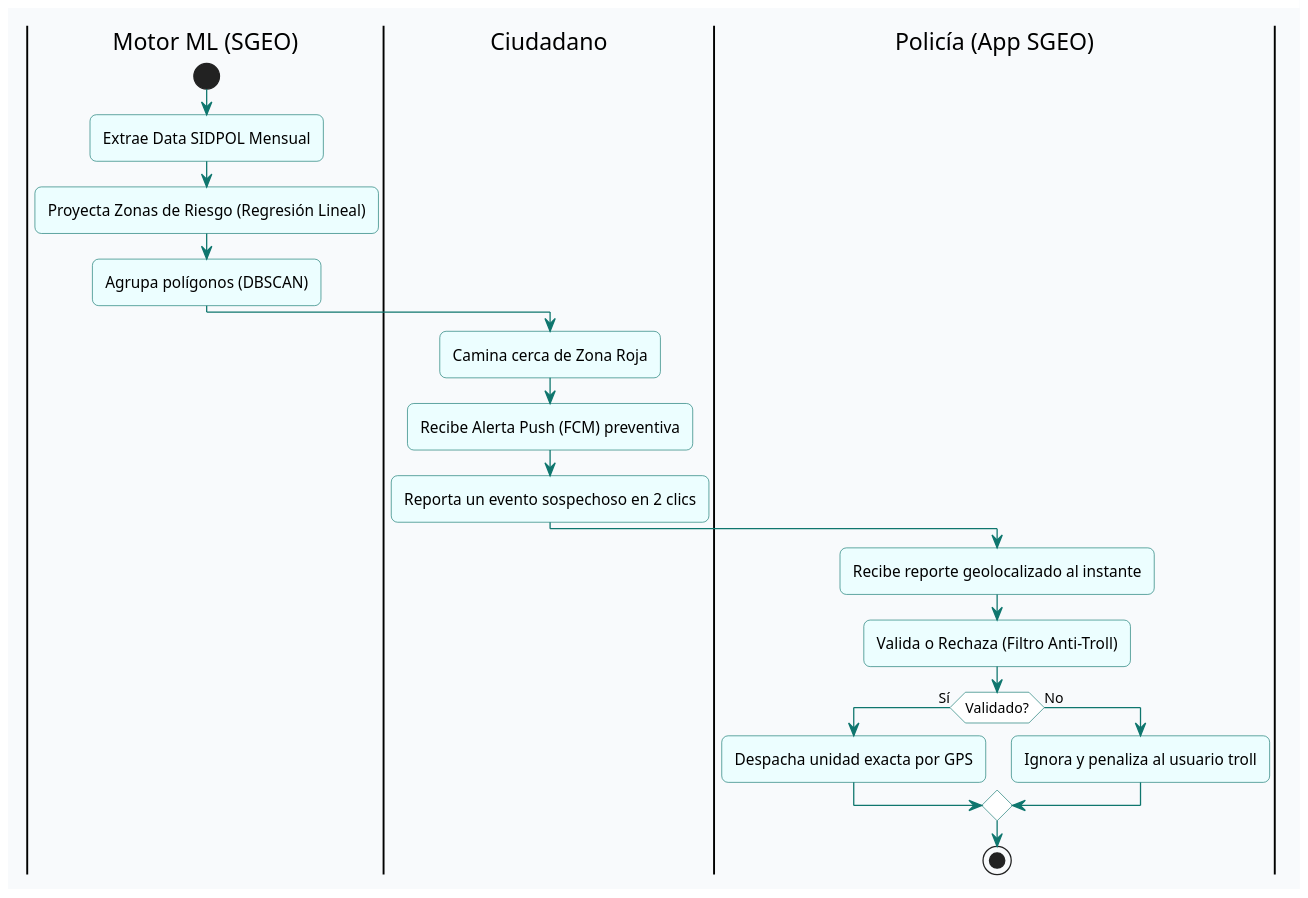
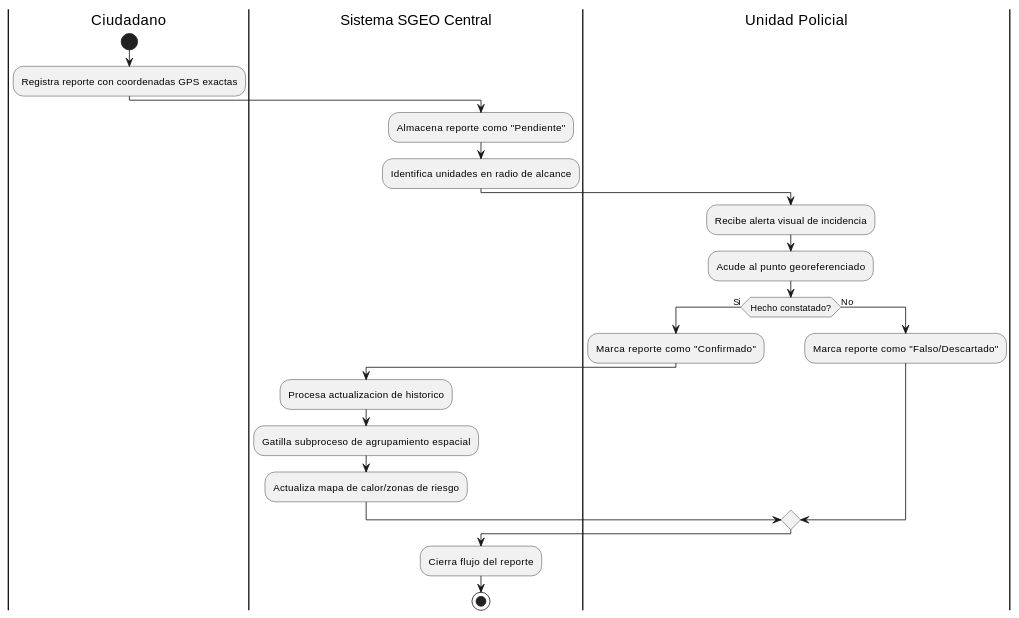
Before and after one commit to pieroalexanderppc/sgeo_pp: the third of 8 diagrams in docs/FD03-EPIS-Informe SRS de Proyecto.md, drawn with PlantUML. The commit also changed other lines of this file and 1 other file, not shown here.

Commit message:
Actualizacion de documentacion

````diff
--- a/docs/FD03-EPIS-Informe SRS de Proyecto.md
+++ b/docs/FD03-EPIS-Informe SRS de Proyecto.md
@@ -147,33 +170,26 @@
 ```plantuml
 @startuml
-skinparam shadowing false
-skinparam roundcorner 10
-skinparam dpi 150
-skinparam defaultFontName Segoe UI
-skinparam backgroundColor #F8FAFC
-skinparam ArrowColor #0F766E
-skinparam ActivityBackgroundColor #ECFEFF
-skinparam ActivityBorderColor #0F766E
-skinparam ActivityDiamondBackgroundColor #FFFFFF
-skinparam ActivityDiamondBorderColor #0F766E
-
-|Motor ML (SGEO)|
+|Ciudadano|
 start
-:Extrae Data SIDPOL Mensual;
-:Proyecta Zonas de Riesgo (Regresión Lineal);
-:Agrupa polígonos (DBSCAN);
-|Ciudadano|
-:Camina cerca de Zona Roja;
-:Recibe Alerta Push (FCM) preventiva;
-:Reporta un evento sospechoso en 2 clics;
-|Policía (App SGEO)|
-:Recibe reporte geolocalizado al instante;
-:Valida o Rechaza (Filtro Anti-Troll);
-if (Validado?) then (Sí)
-  :Despacha unidad exacta por GPS;
+:Registra reporte con coordenadas GPS exactas;
+|Sistema SGEO Central|
+:Almacena reporte como "Pendiente";
+:Identifica unidades en radio de alcance;
+|Unidad Policial|
+:Recibe alerta visual de incidencia;
+:Acude al punto georeferenciado;
+if (Hecho constatado?) then (Si)
+  :Marca reporte como "Confirmado";
+  |Sistema SGEO Central|
+  :Procesa actualizacion de historico;
+  :Gatilla subproceso de agrupamiento espacial;
+  :Actualiza mapa de calor/zonas de riesgo;
 else (No)
-  :Ignora y penaliza al usuario troll;
+  |Unidad Policial|
+  :Marca reporte como "Falso/Descartado";
 endif
+|Sistema SGEO Central|
+:Cierra flujo del reporte;
 stop
 @enduml
 ```
````
